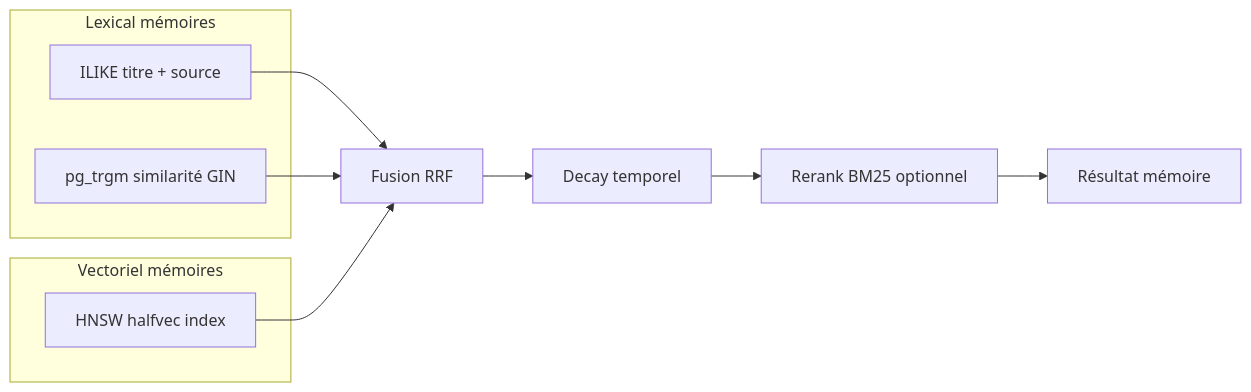
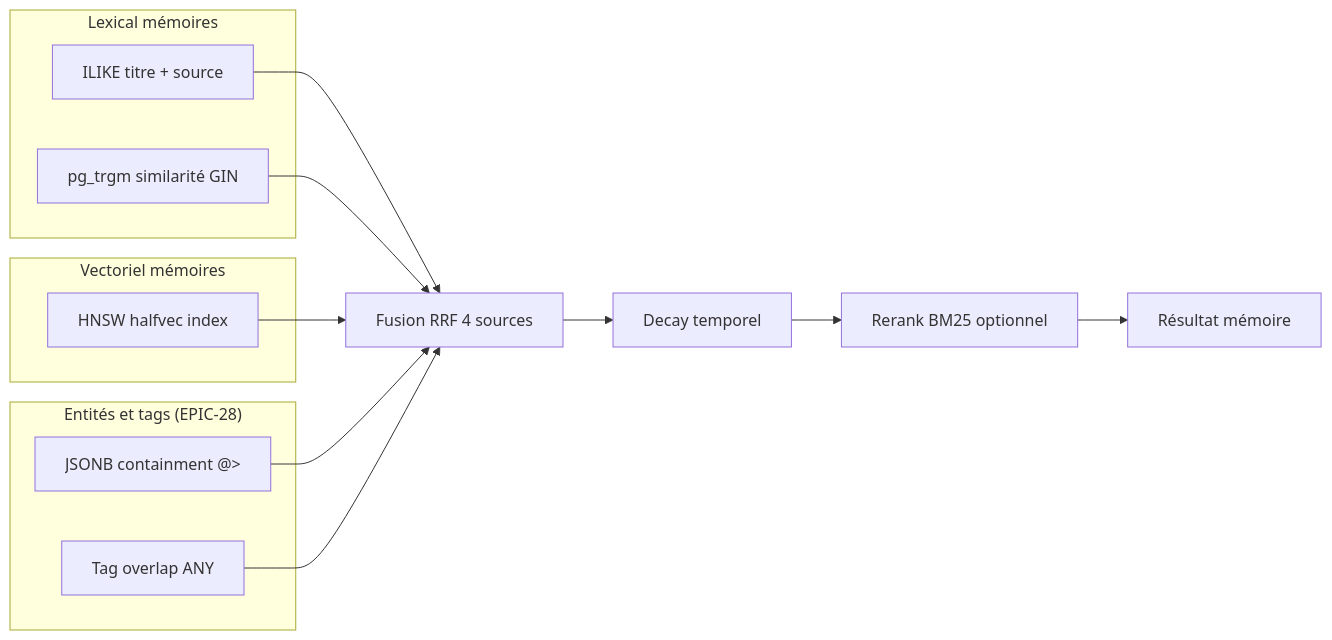
Before and after one commit to giak/mnemo-lite: the fourth of 10 diagrams in docs/ARCHITECTURE.md, drawn with Mermaid. The commit also changed other lines of this file, not shown here.

First line of the commit message:
docs: fix ARCHITECTURE.md diagrams — accurate topology and services

````diff
--- a/docs/ARCHITECTURE.md
+++ b/docs/ARCHITECTURE.md
@@ -152,16 +160,22 @@
 ```mermaid
 flowchart LR
     subgraph "Lexical mémoires"
         I[ILIKE titre + source]
         T[pg_trgm similarité GIN]
     end
     subgraph "Vectoriel mémoires"
         H[HNSW halfvec index]
     end
-    I --> MF[Fusion RRF]
+    subgraph "Entités et tags (EPIC-28)"
+        E[JSONB containment @>]
+        G[Tag overlap ANY]
+    end
+    I --> MF[Fusion RRF 4 sources]
     T --> MF
     H --> MF
+    E --> MF
+    G --> MF
     MF --> MD[Decay temporel]
     MD --> MR[Rerank BM25 optionnel]
     MR --> ResM[Résultat mémoire]
 ```
````
